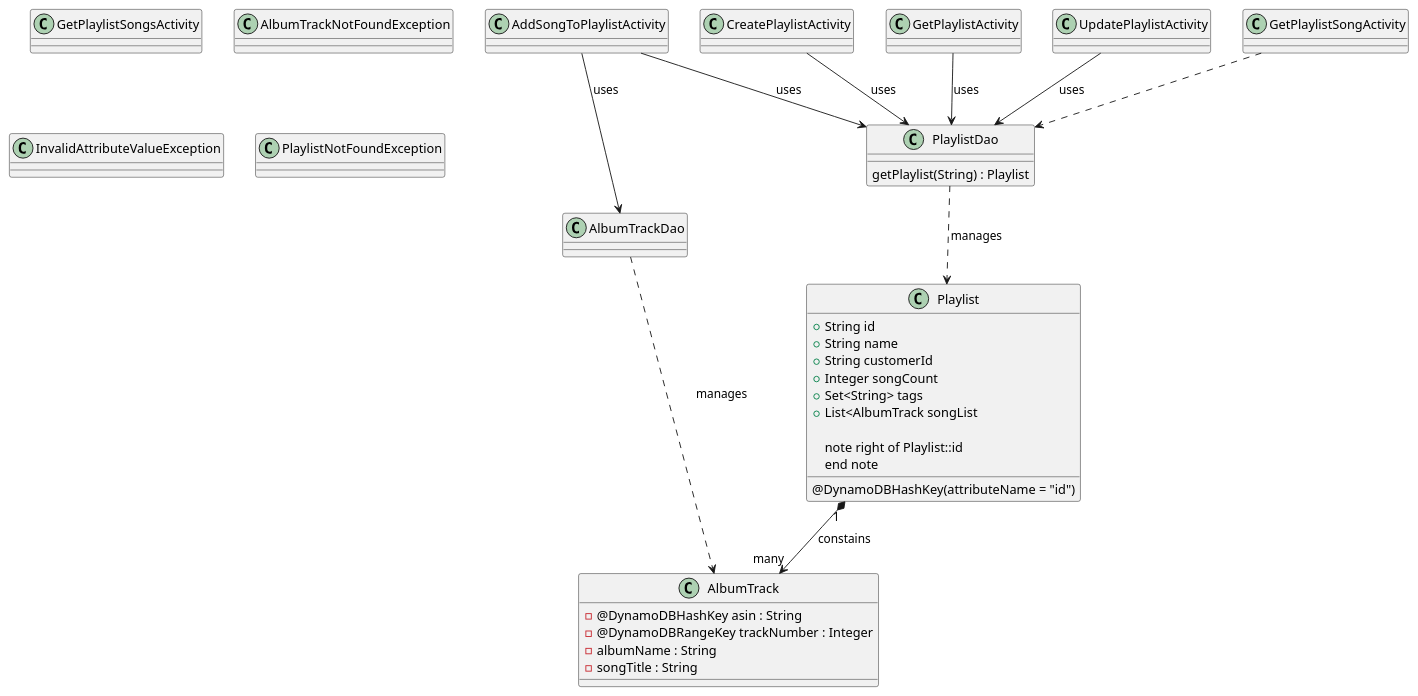
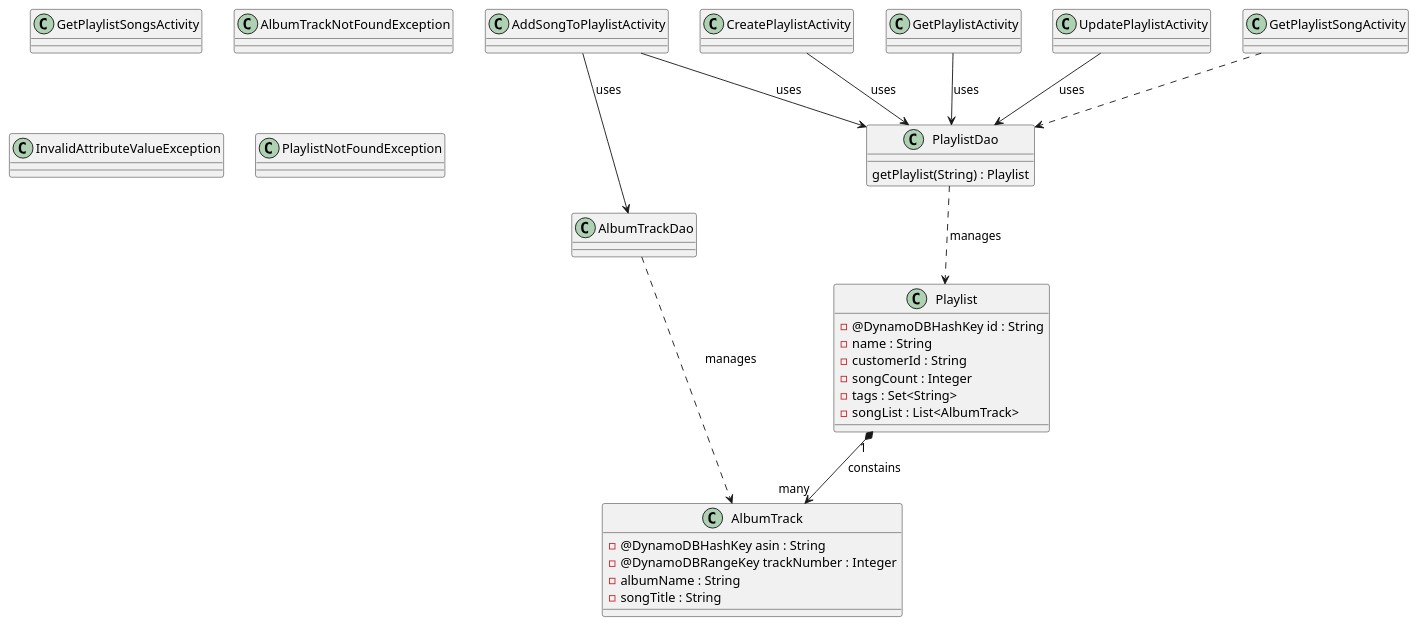
One commit to decagondev/playlisttesting changed the diagram in src/resources/mastery-task1-music-playlist-CD.puml. Above: the diagram before and after it, drawn with PlantUML. The commit also changed 2 other files, not shown here.

```diff
--- a/src/resources/mastery-task1-music-playlist-CD.puml
+++ b/src/resources/mastery-task1-music-playlist-CD.puml
@@ -1,62 +1,58 @@
 @startuml
 
 ' Activity Classes
 class AddSongToPlaylistActivity {
 }
 class CreatePlaylistActivity {
 }
 class GetPlaylistActivity {
 }
 class GetPlaylistSongsActivity {
 }
 class UpdatePlaylistActivity {
 }
 
 ' DAO Classes
 class AlbumTrackDao {
 }
 class PlaylistDao {
     getPlaylist(String) : Playlist
 }
 
 ' Exception Classes
 class AlbumTrackNotFoundException {
 }
 class InvalidAttributeValueException {
 }
 class PlaylistNotFoundException {
 }
 
 ' DynamoDB Model Classes
 class AlbumTrack {
     -@DynamoDBHashKey asin : String
     -@DynamoDBRangeKey trackNumber : Integer
     -albumName : String
     -songTitle : String
 }
 
 class Playlist {
-  +String id
-  +String name
-  +String customerId
-  +Integer songCount
-  +Set<String> tags
-  +List<AlbumTrack songList
-
-  note right of Playlist::id
-      @DynamoDBHashKey(attributeName = "id")
-  end note
+  -@DynamoDBHashKey id : String
+  -name : String
+  -customerId : String
+  -songCount : Integer
+  -tags : Set<String>
+  -songList : List<AlbumTrack>
 }
 
 ' Relationships
 CreatePlaylistActivity --> PlaylistDao : uses
 GetPlaylistActivity --> PlaylistDao : uses
 AddSongToPlaylistActivity --> AlbumTrackDao : uses
 AddSongToPlaylistActivity --> PlaylistDao : uses
 UpdatePlaylistActivity --> PlaylistDao : uses
 AlbumTrackDao ..> AlbumTrack : "manages"
 PlaylistDao ..> Playlist : "manages"
 Playlist "1" *--> "many" AlbumTrack : constains
 GetPlaylistSongActivity ..> PlaylistDao
 
 @enduml
```
